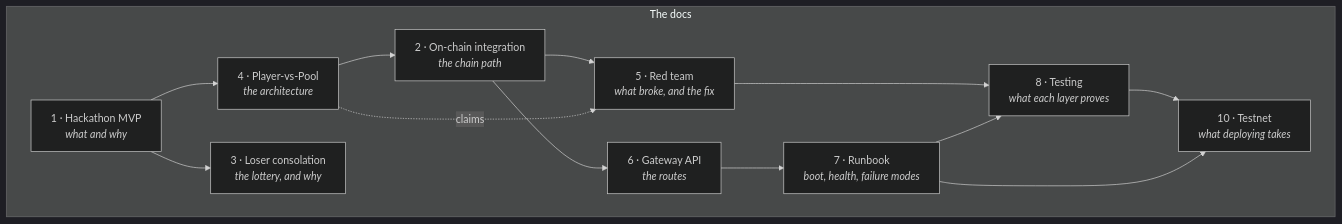
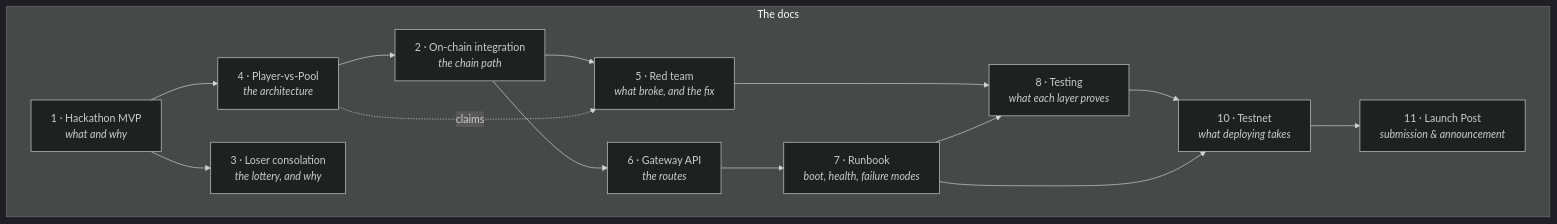
Before and after one commit to OptionalityHQ/optionality-adapter: the diagram in docs/README.md, drawn with Mermaid (dark theme). The commit also changed other lines of this file and 16 other files, not shown here.

````diff
--- a/docs/README.md
+++ b/docs/README.md
@@ -9,25 +9,27 @@
 ```mermaid
 flowchart TB
   subgraph docs["The docs"]
     D1["1 · Hackathon MVP<br/><i>what and why</i>"]
     D2["2 · On-chain integration<br/><i>the chain path</i>"]
     D3["3 · Loser consolation<br/><i>the lottery, and why</i>"]
     D4["4 · Player-vs-Pool<br/><i>the architecture</i>"]
     D5["5 · Red team<br/><i>what broke, and the fix</i>"]
     D6["6 · Gateway API<br/><i>the routes</i>"]
     D7["7 · Runbook<br/><i>boot, health, failure modes</i>"]
     D8["8 · Testing<br/><i>what each layer proves</i>"]
     D10["10 · Testnet<br/><i>what deploying takes</i>"]
+    D11["11 · Launch Post<br/><i>submission & announcement</i>"]
   end
   D1 --> D4
   D1 --> D3
   D4 --> D2
   D2 --> D5
   D2 --> D6
   D6 --> D7
   D4 -.->|"claims"| D5
   D5 --> D8
   D7 --> D8
   D8 --> D10
   D7 --> D10
+  D10 --> D11
 ```
````
